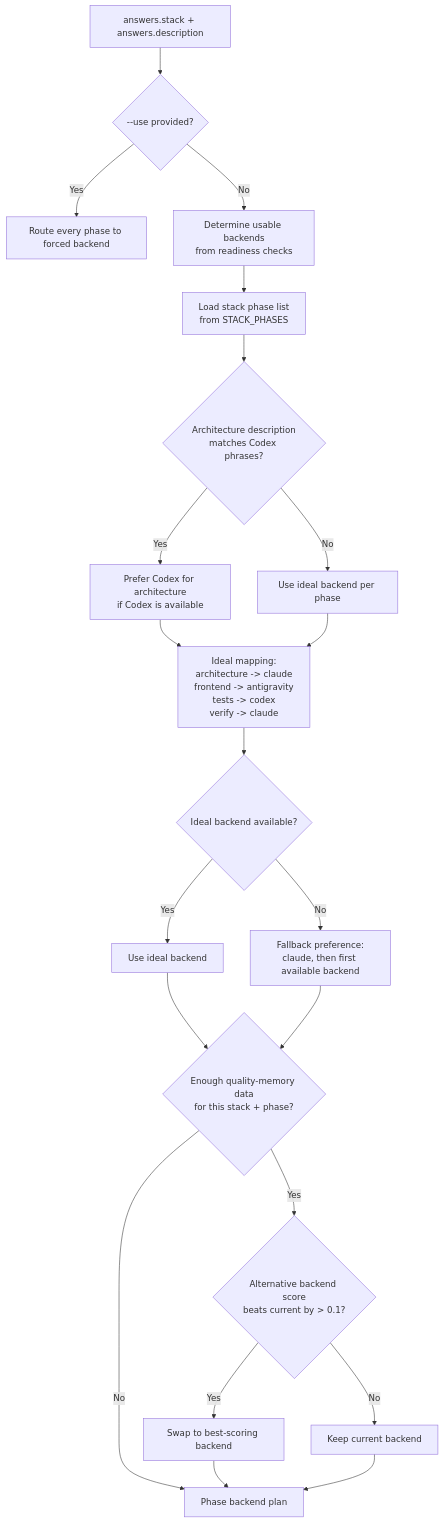
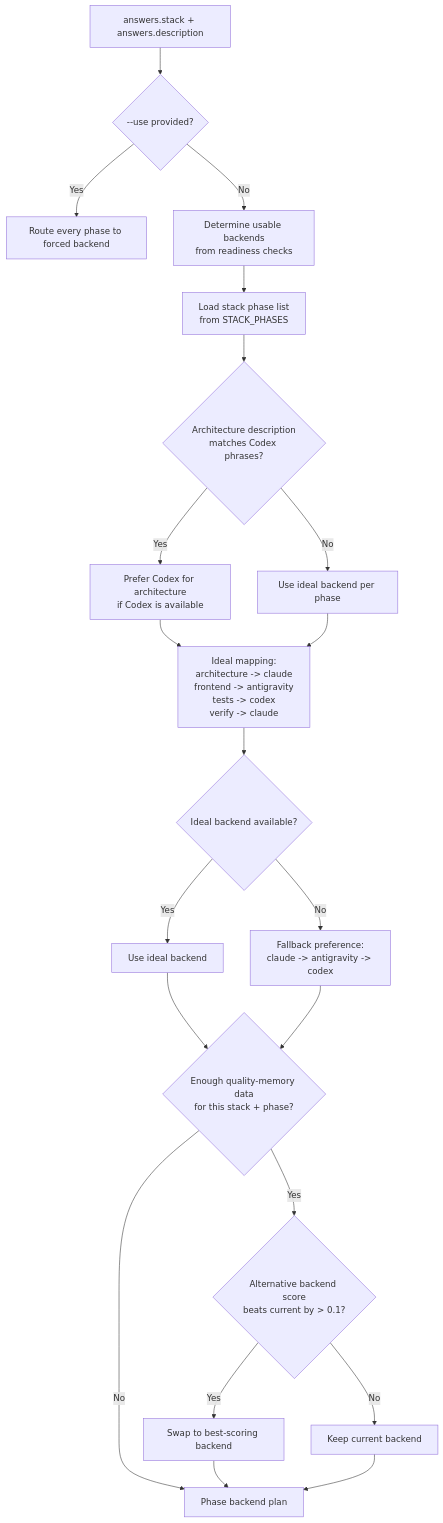
One commit to Schramm2/projectforge changed the first of 2 diagrams in docs/diagrams/forge-routing-and-execution.md. Above: the diagram before and after it, drawn with Mermaid. The commit also changed other lines of this file and 21 other files, not shown here.

````diff
--- a/docs/diagrams/forge-routing-and-execution.md
+++ b/docs/diagrams/forge-routing-and-execution.md
@@ -13,29 +15,29 @@
 ```mermaid
 flowchart TD
     Start["answers.stack + answers.description"] --> Override{"--use provided?"}
 
     Override -- Yes --> Forced["Route every phase to forced backend"]
     Override -- No --> Available["Determine usable backends<br/>from readiness checks"]
 
     Available --> Phases["Load stack phase list<br/>from STACK_PHASES"]
     Phases --> CodexHint{"Architecture description<br/>matches Codex phrases?"}
 
     CodexHint -- Yes --> ArchChoice["Prefer Codex for architecture<br/>if Codex is available"]
     CodexHint -- No --> IdealChoice["Use ideal backend per phase"]
 
     ArchChoice --> IdealMap
     IdealChoice --> IdealMap["Ideal mapping:<br/>architecture -> claude<br/>frontend -> antigravity<br/>tests -> codex<br/>verify -> claude"]
 
     IdealMap --> Fallback{"Ideal backend available?"}
     Fallback -- Yes --> Routed["Use ideal backend"]
-    Fallback -- No --> FallbackPick["Fallback preference:<br/>claude, then first available backend"]
+    Fallback -- No --> FallbackPick["Fallback preference:<br/>claude -> antigravity -> codex"]
 
     Routed --> Quality{"Enough quality-memory data<br/>for this stack + phase?"}
     FallbackPick --> Quality
     Quality -- No --> PhasePlan["Phase backend plan"]
     Quality -- Yes --> QualityMargin{"Alternative backend score<br/>beats current by > 0.1?"}
     QualityMargin -- Yes --> OverrideByQuality["Swap to best-scoring backend"]
     QualityMargin -- No --> KeepCurrent["Keep current backend"]
     OverrideByQuality --> PhasePlan
     KeepCurrent --> PhasePlan
 ```
````
